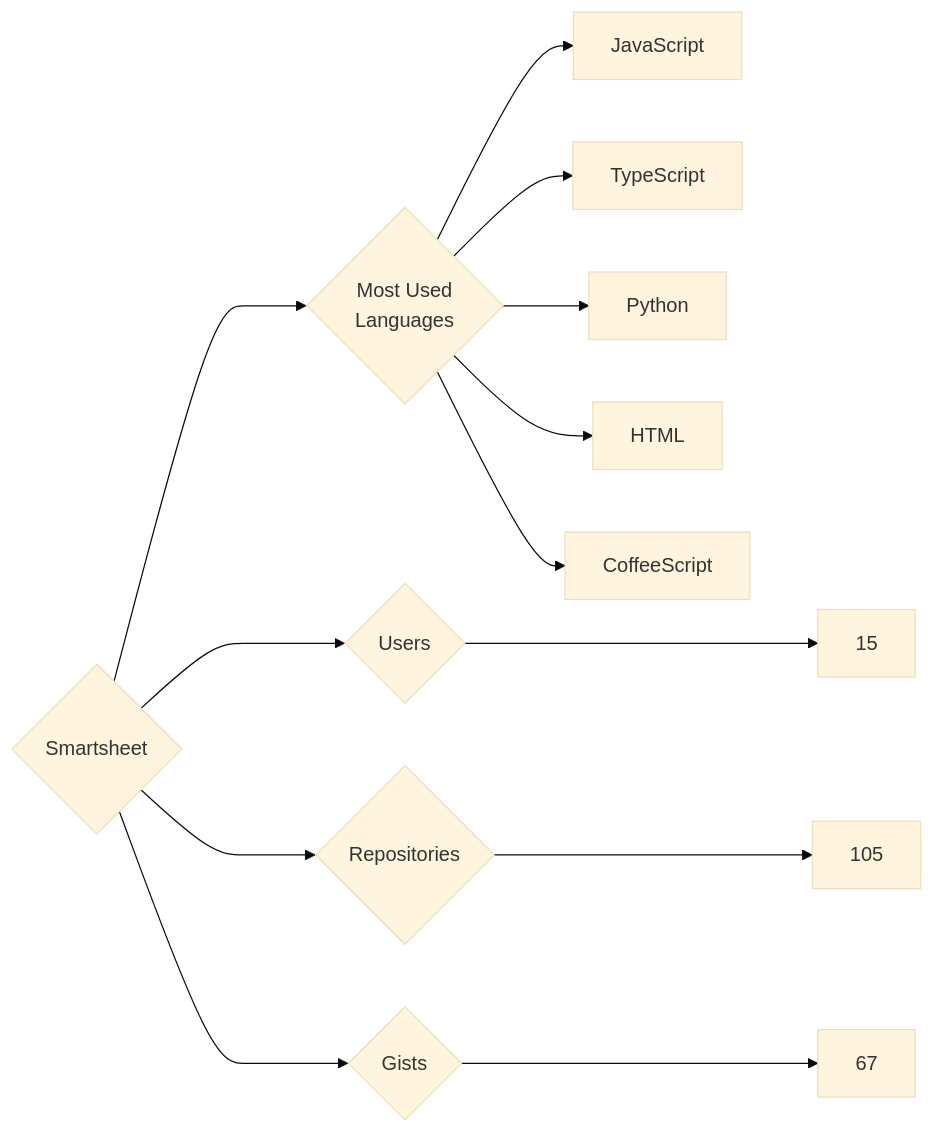
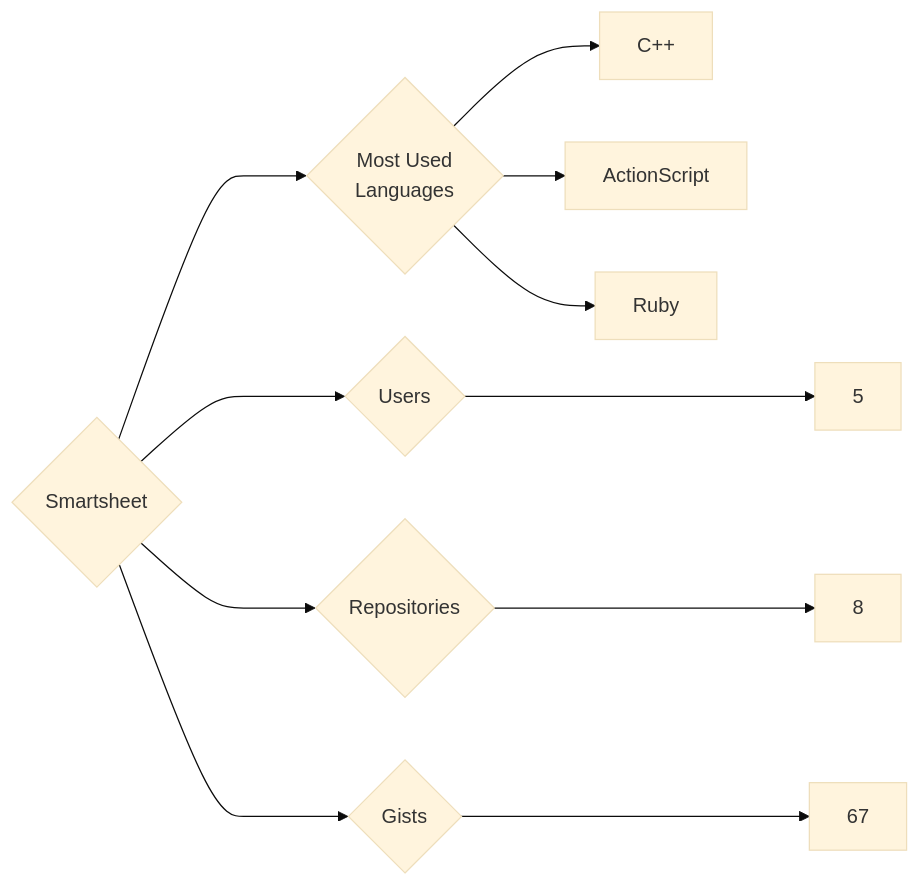
One commit to trickest/insiders changed the diagram in targets/Smartsheet/README.md. Above: the diagram before and after it, drawn with Mermaid (base theme). The commit also changed 799 other files, not shown here.

````diff
--- a/targets/Smartsheet/README.md
+++ b/targets/Smartsheet/README.md
@@ -3,13 +3,11 @@
 ```mermaid
 graph LR
 COMPANY_NAME{Smartsheet}
-COMPANY_NAME ---> U{Users} ---> UN[15]
-COMPANY_NAME ---> R{Repositories} ---> RN[105]
+COMPANY_NAME ---> U{Users} ---> UN[5]
+COMPANY_NAME ---> R{Repositories} ---> RN[8]
 COMPANY_NAME ---> G{Gists} ---> GN[67]
 COMPANY_NAME ---> ML{Most Used<br>Languages}
-ML --> JavaScript[JavaScript]
-ML --> TypeScript[TypeScript]
-ML --> Python[Python]
-ML --> HTML[HTML]
-ML --> CoffeeScript[CoffeeScript]
+ML --> C++[C++]
+ML --> ActionScript[ActionScript]
+ML --> Ruby[Ruby]
 ```
````
